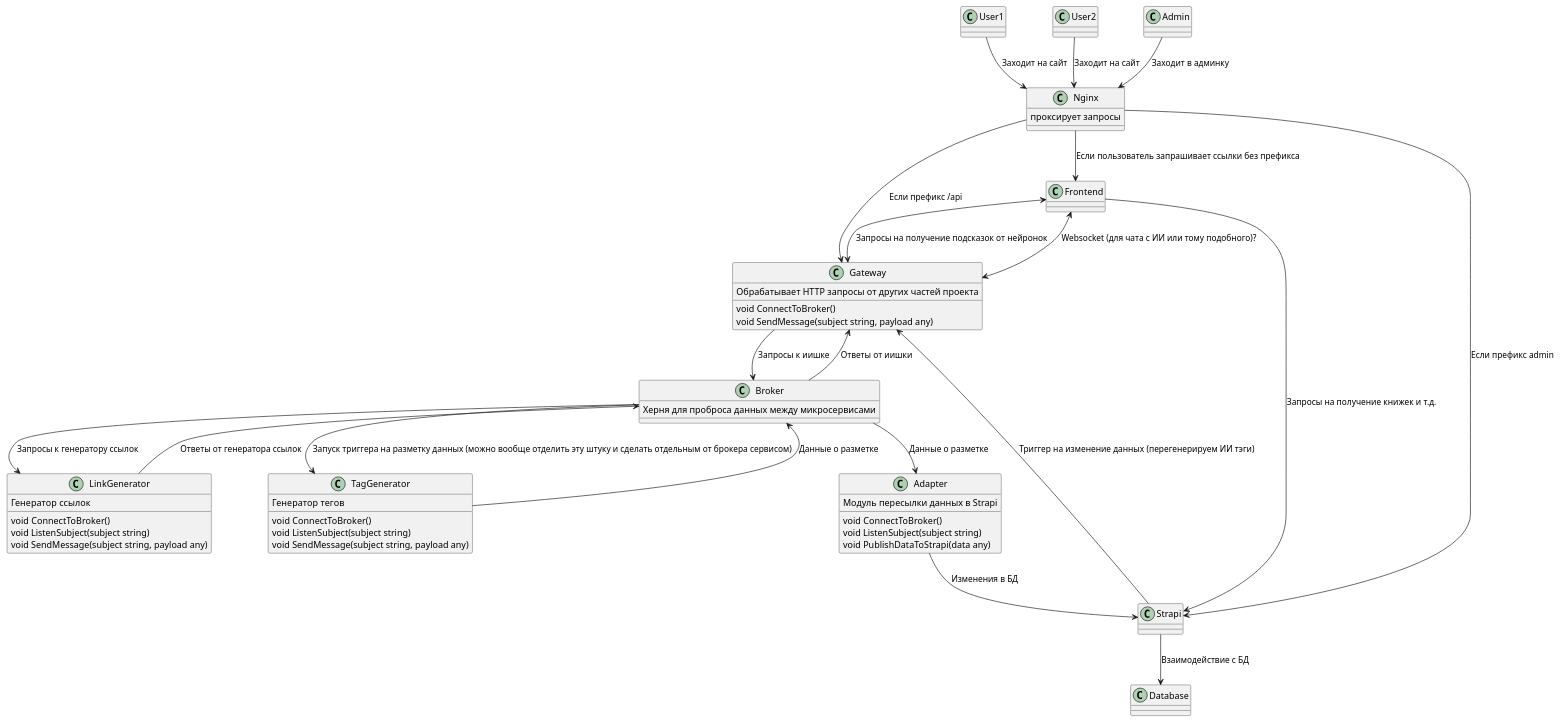
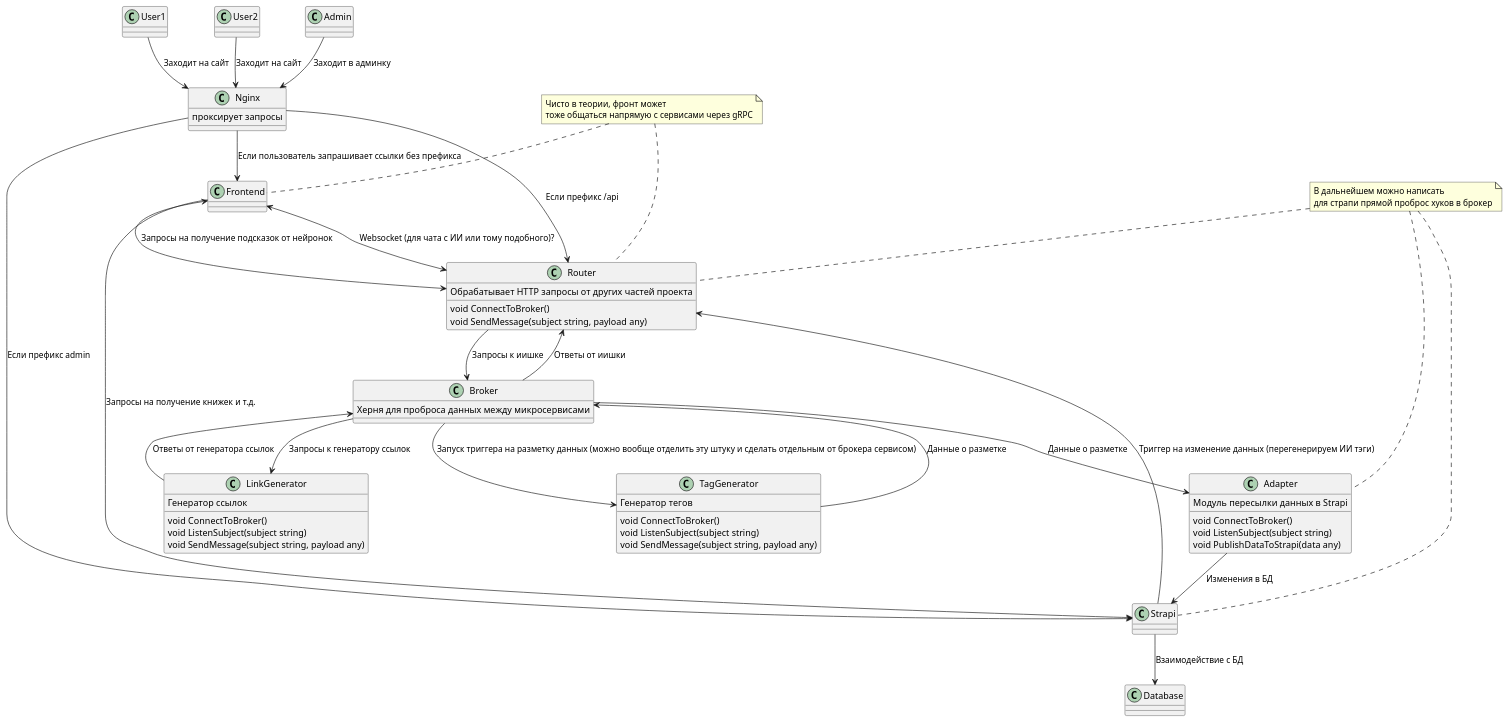
Before and after one commit to Romzeuz/Diplom: the diagram in structure.puml, drawn with PlantUML. The commit also changed 14 other files, not shown here.

```diff
--- a/structure.puml
+++ b/structure.puml
@@ -1,56 +1,64 @@
 @startuml
 class User1 {}
 class User2 {}
 class Admin {}
 class Nginx {
 проксирует запросы
 }
-class Gateway {
+class Router {
 Обрабатывает HTTP запросы от других частей проекта
 void ConnectToBroker()
 void SendMessage(subject string, payload any)
 }
 class LinkGenerator {
 Генератор ссылок
 void ConnectToBroker()
 void ListenSubject(subject string)
 void SendMessage(subject string, payload any)
 }
 class TagGenerator {
 Генератор тегов
 void ConnectToBroker()
 void ListenSubject(subject string)
 void SendMessage(subject string, payload any)
 }
 class Frontend {}
 class Database {}
 class Strapi {}
+note "В дальнейшем можно написать \nдля страпи прямой проброс хуков в брокер" as N1
+N1 .. Strapi
+N1 .. Router
+N1 .. Adapter
 class Broker {
 Херня для проброса данных между микросервисами
 }
 class Adapter {
 Модуль пересылки данных в Strapi
 void ConnectToBroker()
 void ListenSubject(subject string)
 void PublishDataToStrapi(data any)
 }
 Strapi --> Database : Взаимодействие с БД
-Frontend <--> Gateway : Запросы на получение подсказок от нейронок
-Frontend <--> Gateway : Websocket (для чата с ИИ или тому подобного)?
+Frontend <--> Router : Запросы на получение подсказок от нейронок
+Frontend <--> Router : Websocket (для чата с ИИ или тому подобного)?
 Frontend --> Strapi : Запросы на получение книжек и т.д.
 User1 --> Nginx : Заходит на сайт
 User2 --> Nginx : Заходит на сайт
 Admin --> Nginx : Заходит в админку
 Nginx --> Frontend : Если пользователь запрашивает ссылки без префикса
-Nginx --> Gateway : Если префикс /api
+Nginx --> Router : Если префикс /api
 Nginx --> Strapi : Если префикс admin
-Strapi --> Gateway : Триггер на изменение данных (перегенерируем ИИ тэги)
-Gateway --> Broker : Запросы к иишке
-Broker --> Gateway : Ответы от иишки
+Strapi --> Router : Триггер на изменение данных (перегенерируем ИИ тэги)
+Router --> Broker : Запросы к иишке
+Broker --> Router : Ответы от иишки
 Broker --> LinkGenerator : Запросы к генератору ссылок
 LinkGenerator --> Broker : Ответы от генератора ссылок
 Broker --> TagGenerator : Запуск триггера на разметку данных (можно вообще отделить эту штуку и сделать отдельным от брокера сервисом)
 TagGenerator --> Broker : Данные о разметке
 Broker --> Adapter : Данные о разметке
 Adapter --> Strapi : Изменения в БД
+
+note "Чисто в теории, фронт может \nтоже общаться напрямую с сервисами через gRPC" as N2
+N2 .. Frontend
+N2 .. Router
 @enduml
```
